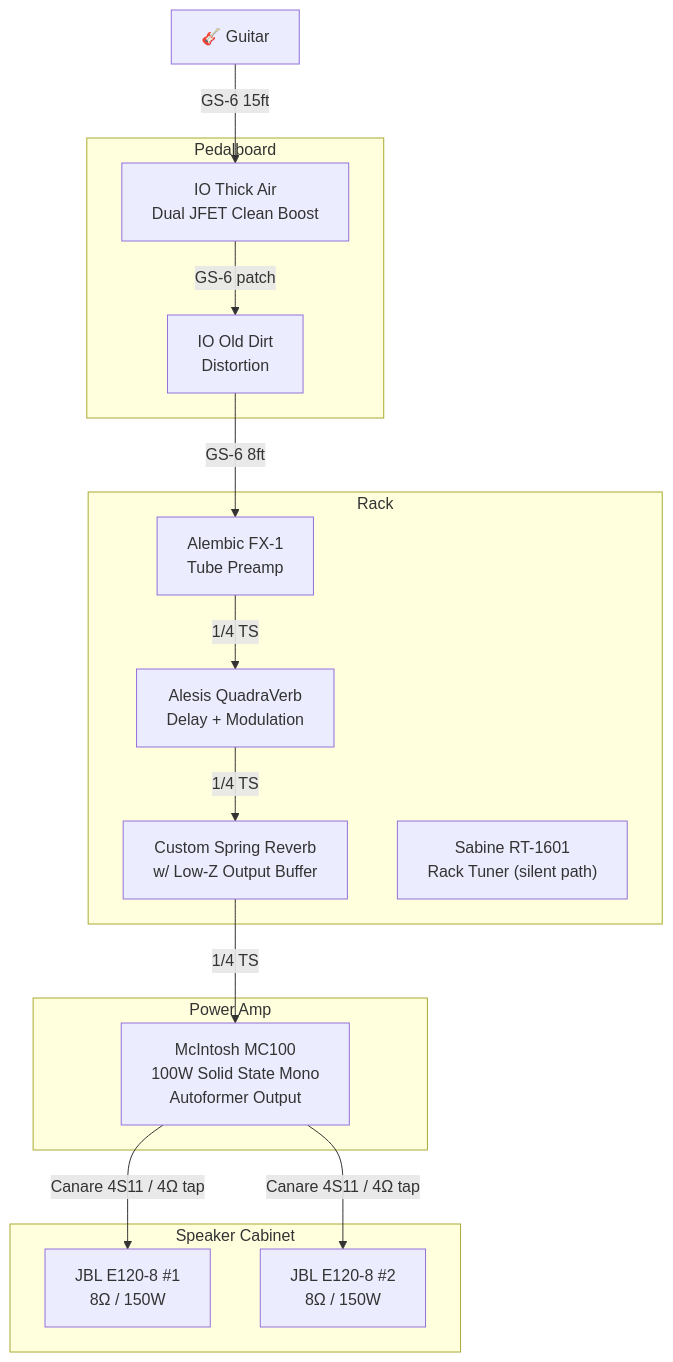
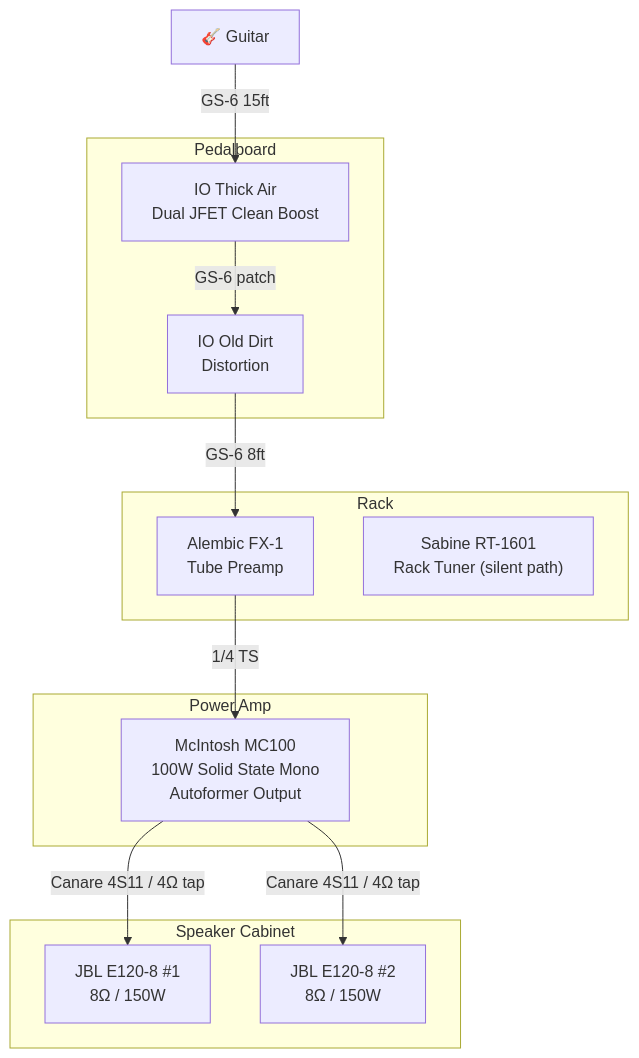
The first of 2 diagrams in chain.md (bingeboy/le-ton-juste), drawn with Mermaid before and after one commit.

Commit message:
Fix current state diagram — remove QuadraVerb and Ghost Spring (neither in active use)

````diff
--- a/chain.md
+++ b/chain.md
@@ -5,34 +5,30 @@
 ```mermaid
 flowchart TD
   G["🎸 Guitar"]
 
   subgraph PEDALBOARD["Pedalboard"]
     TA["IO Thick Air<br/>Dual JFET Clean Boost"]
     DIRT["IO Old Dirt<br/>Distortion"]
   end
 
   subgraph RACK["Rack"]
     PRE["Alembic FX-1<br/>Tube Preamp"]
-    QV["Alesis QuadraVerb<br/>Delay + Modulation"]
-    REV["Custom Spring Reverb<br/>w/ Low-Z Output Buffer"]
     TUNER["Sabine RT-1601<br/>Rack Tuner (silent path)"]
   end
 
   subgraph AMP["Power Amp"]
     MC["McIntosh MC100<br/>100W Solid State Mono<br/>Autoformer Output"]
   end
 
   subgraph CABINET["Speaker Cabinet"]
     SP1["JBL E120-8 #1<br/>8Ω / 150W"]
     SP2["JBL E120-8 #2<br/>8Ω / 150W"]
   end
 
   G -->|"GS-6 15ft"| TA
   TA -->|"GS-6 patch"| DIRT
   DIRT -->|"GS-6 8ft"| PRE
-  PRE -->|"1/4 TS"| QV
-  QV -->|"1/4 TS"| REV
-  REV -->|"1/4 TS"| MC
+  PRE -->|"1/4 TS"| MC
   MC -->|"Canare 4S11 / 4Ω tap"| SP1
   MC -->|"Canare 4S11 / 4Ω tap"| SP2
 ```
````
